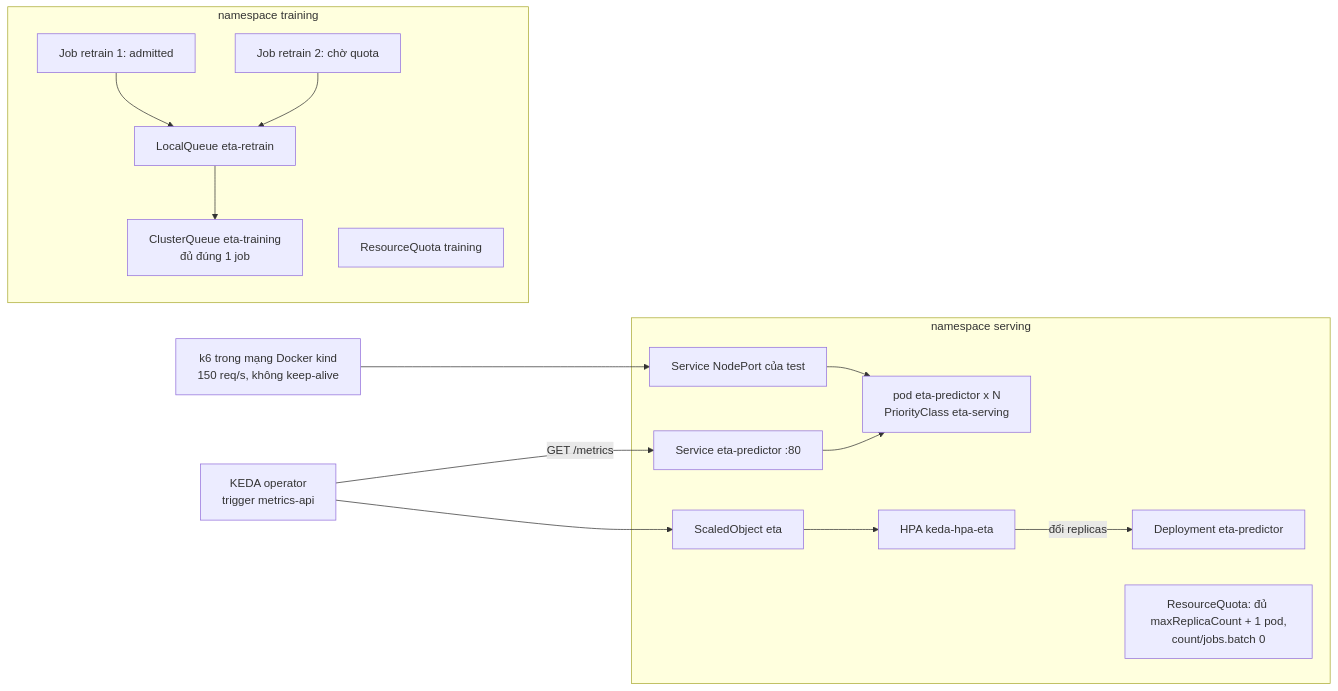
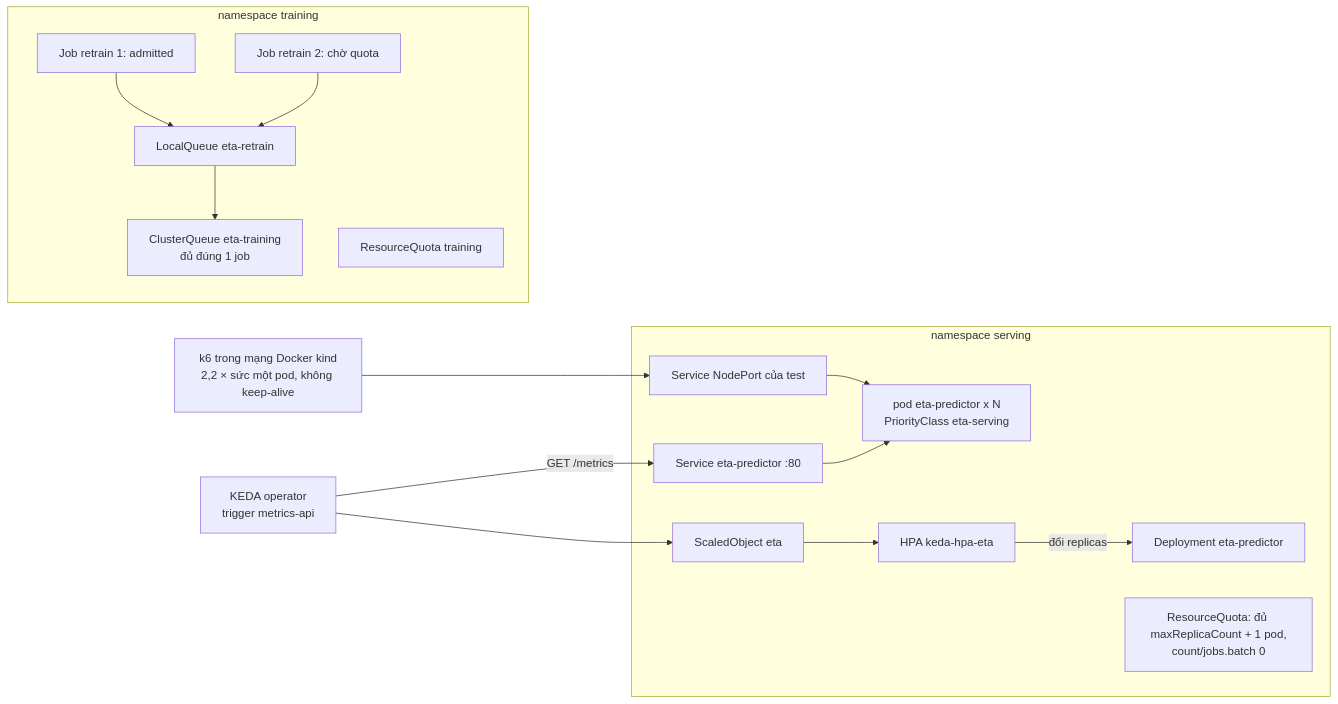
One commit to Buicongbang04/Learning_Platform changed the diagram in tracks/mlops/capstone/milestones/m14-k8s-load.md. Above: the diagram before and after it, drawn with Mermaid. The commit also changed other lines of this file and 12 other files, not shown here.

Commit message:
MLOps: capstone m14/m15 sửa vòng 1 (tải theo sức một pod đo bằng bậc thang, metric trigger phải là gauge và hạ khi hết tải, PriorityClass mlops-system cho controller add-on và serving 2000, /readyz /metrics async, kiểm hardening pod, kill worker theo raylet của run, leftover sau ray.shutdown)

````diff
--- a/tracks/mlops/capstone/milestones/m14-k8s-load.md
+++ b/tracks/mlops/capstone/milestones/m14-k8s-load.md
@@ -23,19 +23,19 @@
 ```mermaid
 flowchart LR
-    k6[k6 trong mạng Docker kind<br/>150 req/s, không keep-alive] --> np[Service NodePort của test]
+    k6[k6 trong mạng Docker kind<br/>2,2 × sức một pod, không keep-alive] --> np[Service NodePort của test]
     subgraph serving[namespace serving]
         np --> pods[pod eta-predictor x N<br/>PriorityClass eta-serving]
         svc[Service eta-predictor :80] --> pods
         so[ScaledObject eta] --> hpa[HPA keda-hpa-eta]
         hpa -->|đổi replicas| dep[Deployment eta-predictor]
         quota1[ResourceQuota: đủ maxReplicaCount + 1 pod,<br/>count/jobs.batch 0]
     end
     keda[KEDA operator<br/>trigger metrics-api] -->|GET /metrics| svc
     keda --> so
     subgraph training[namespace training]
         lq[LocalQueue eta-retrain] --> cq[ClusterQueue eta-training<br/>đủ đúng 1 job]
         j1[Job retrain 1: admitted] --> lq
         j2[Job retrain 2: chờ quota] --> lq
         quota2[ResourceQuota training]
     end
 ```
````
